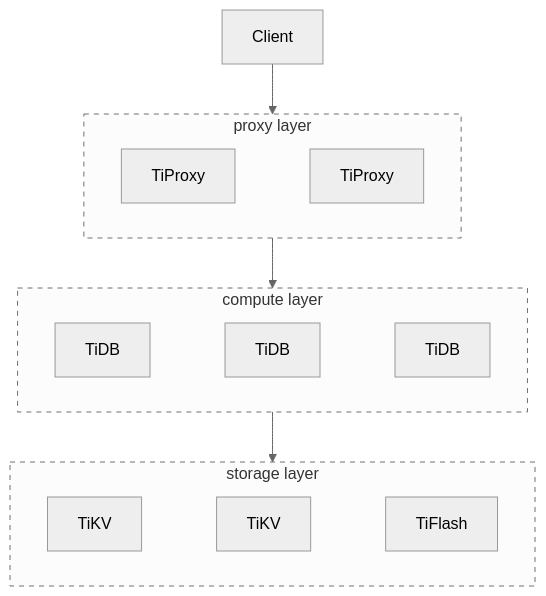
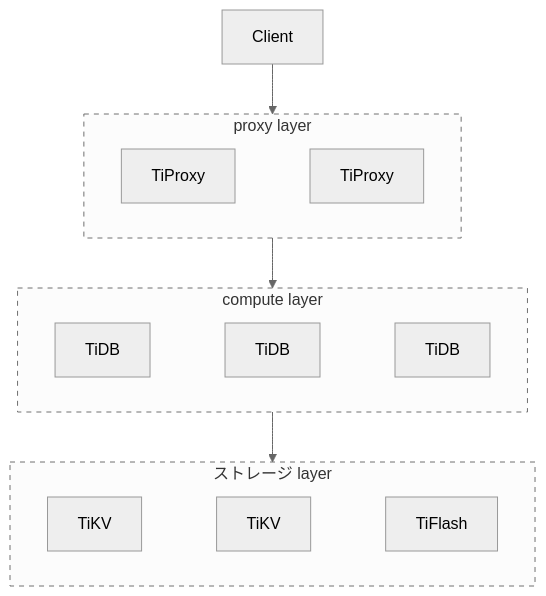
The first of 2 diagrams in tiproxy/tiproxy-overview.md (pingcap/docs), drawn with Mermaid (neutral theme) before and after one commit. The commit also changed other lines of this file and 945 other files, not shown here.

````diff
--- a/tiproxy/tiproxy-overview.md
+++ b/tiproxy/tiproxy-overview.md
@@ -14,26 +14,26 @@
 ```mermaid
 graph TD
     Client[Client]
 
     Client --> ProxyLayer
 
     subgraph ProxyLayer["proxy layer"]
         TiProxy1[TiProxy] ~~~ TiProxy2[TiProxy]
     end
 
     ProxyLayer --> ComputeLayer
 
     subgraph ComputeLayer["compute layer"]
         TiDB1[TiDB] ~~~ TiDB2[TiDB] ~~~ TiDB3[TiDB]
     end
 
     ComputeLayer --> StorageLayer
 
-    subgraph StorageLayer["storage layer"]
+    subgraph StorageLayer["ストレージ layer"]
         TiKV1[TiKV] ~~~ TiKV2[TiKV] ~~~ TiFlash[TiFlash]
     end
 
     style ProxyLayer stroke-dasharray: 5 5
     style ComputeLayer stroke-dasharray: 5 5
     style StorageLayer stroke-dasharray: 5 5
 ```
````
